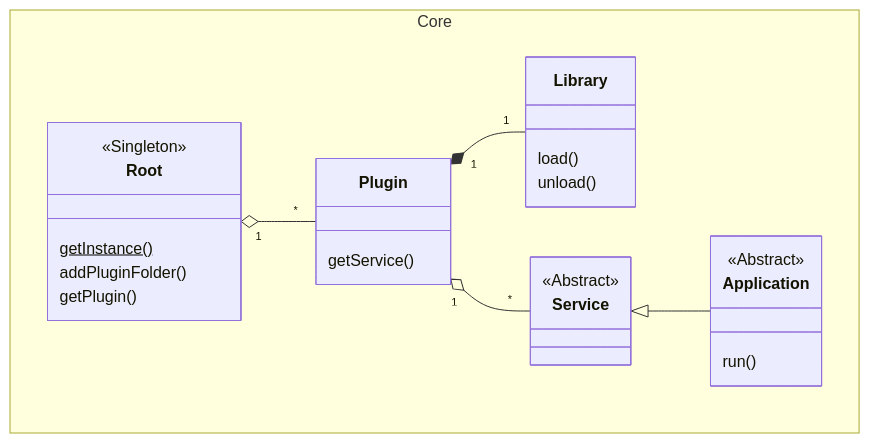
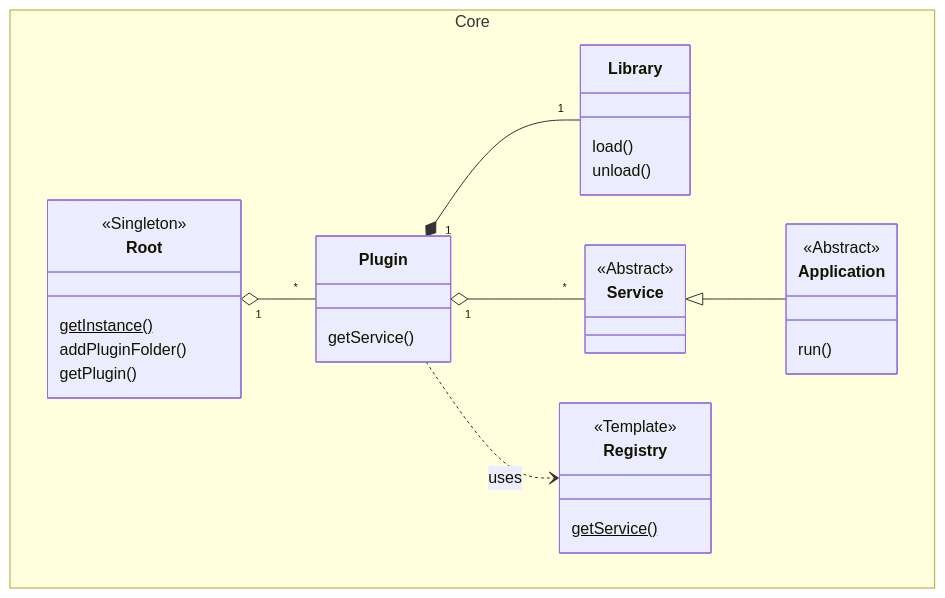
Before and after one commit to ghackenberg/lightweight-cpp-plugin-framework: the diagram in Tutorials/02_Understand_The_Core/README.md, drawn with Mermaid. The commit also changed other lines of this file, not shown here.

Commit message:
add explanation of registry class

````diff
--- a/Tutorials/02_Understand_The_Core/README.md
+++ b/Tutorials/02_Understand_The_Core/README.md
@@ -11,35 +11,41 @@
 ```mermaid
 classDiagram
     namespace Core {
         class Root {
             <<Singleton>>
             getInstance() $
             addPluginFolder()
             getPlugin()
+        }
+
+        class Registry {
+            <<Template>>
+            getService()$
         }
 
         class Plugin {
             getService()
         }
 
         class Library {
             load()
             unload()
         }
 
         class Service {
             <<Abstract>>
         }
         
         class Application {
             <<Abstract>>
             run()
         }
     }
 
     Root "1" o-- "*" Plugin
     Plugin "1" *-- "1" Library
     Plugin "1" o-- "*" Service
+    Plugin ..> Registry : uses
     
     Service <|-- Application
 ```
````
